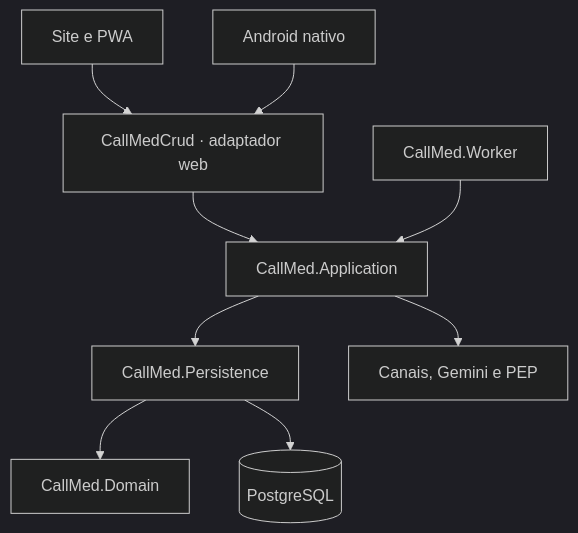
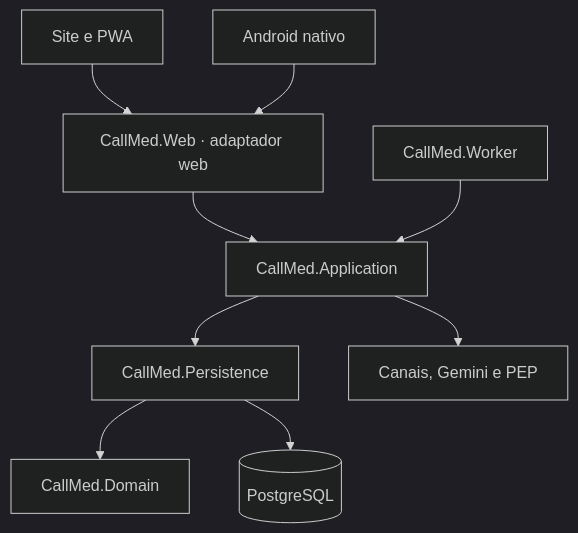
One commit to Samuel-Ramos-Rodrigues/CallMed changed the diagram in docs/ARQUITETURA.md. Above: the diagram before and after it, drawn with Mermaid (dark theme). The commit also changed other lines of this file and 326 other files, not shown here.

First line of the commit message:
Move site para src/CallMed.Web e Android para mobile/android

````diff
--- a/docs/ARQUITETURA.md
+++ b/docs/ARQUITETURA.md
@@ -5,11 +5,11 @@
 ```mermaid
 flowchart TD
-    Browser["Site e PWA"] --> Web["CallMedCrud · adaptador web"]
+    Browser["Site e PWA"] --> Web["CallMed.Web · adaptador web"]
     Android["Android nativo"] --> Web
     Web --> Application["CallMed.Application"]
     Worker["CallMed.Worker"] --> Application
     Application --> Persistence["CallMed.Persistence"]
     Application --> Providers["Canais, Gemini e PEP"]
     Persistence --> Domain["CallMed.Domain"]
     Persistence --> Database[("PostgreSQL")]
 ```
````
